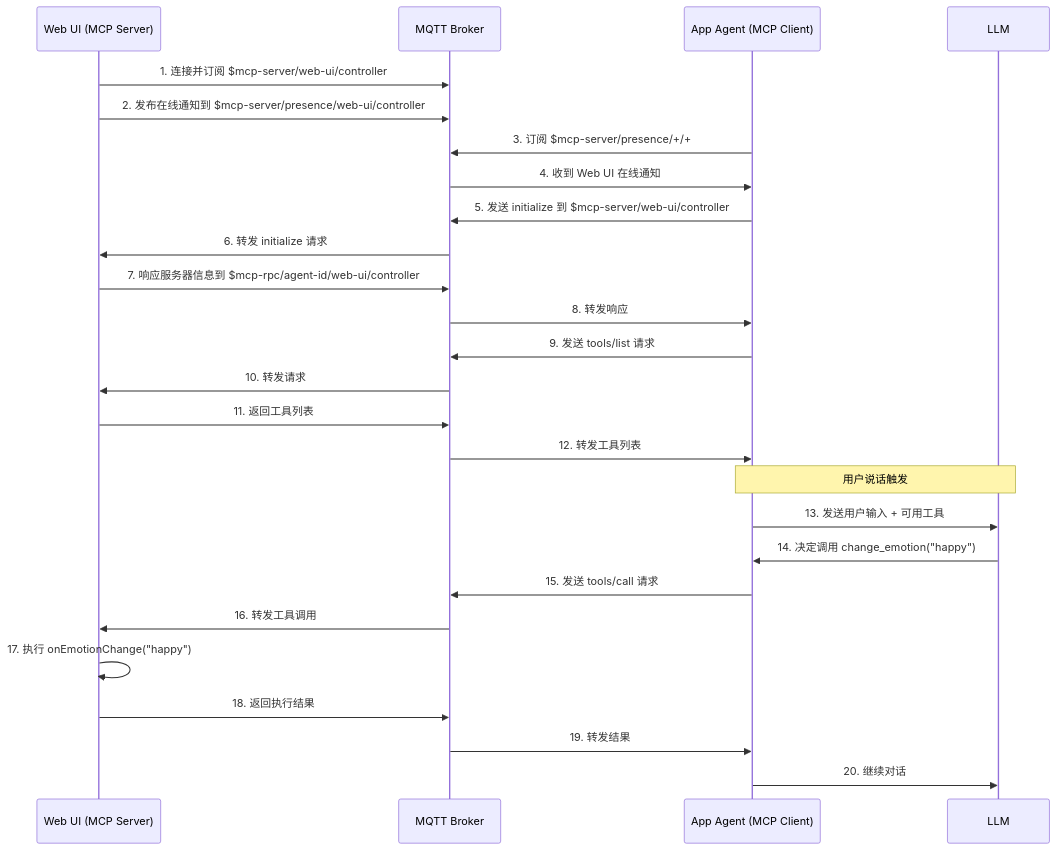
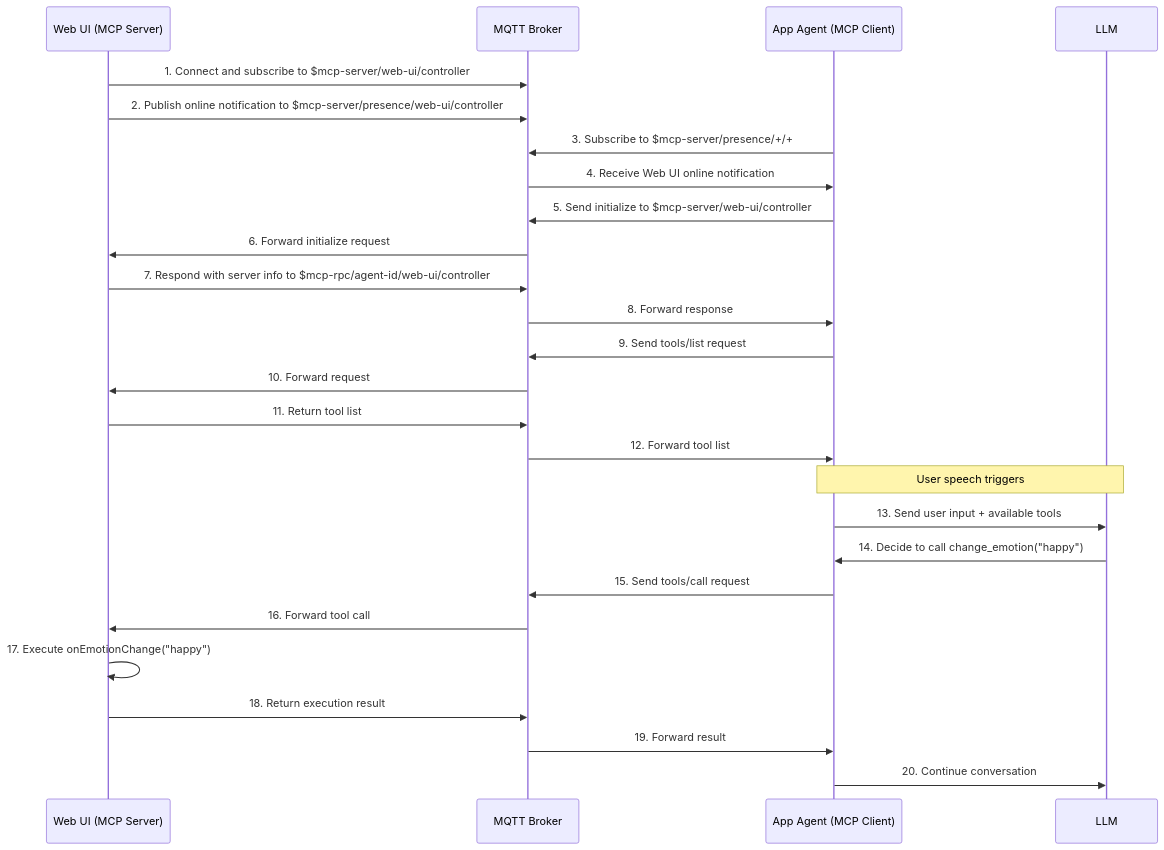
One commit to emqx/mcp-ai-companion-demo changed the diagram in web/docs/mcp-over-mqtt-implementation.md. Above: the diagram before and after it, drawn with Mermaid. The commit also changed other lines of this file and 5 other files, not shown here.

````diff
--- a/web/docs/mcp-over-mqtt-implementation.md
+++ b/web/docs/mcp-over-mqtt-implementation.md
@@ -308,34 +308,34 @@
 ```mermaid
 sequenceDiagram
     participant UI as Web UI (MCP Server)
     participant MQTT as MQTT Broker
     participant Agent as App Agent (MCP Client)
     participant LLM as LLM
 
-    UI->>MQTT: 1. 连接并订阅 $mcp-server/web-ui/controller
-    UI->>MQTT: 2. 发布在线通知到 $mcp-server/presence/web-ui/controller
-    
-    Agent->>MQTT: 3. 订阅 $mcp-server/presence/+/+
-    MQTT->>Agent: 4. 收到 Web UI 在线通知
-    
-    Agent->>MQTT: 5. 发送 initialize 到 $mcp-server/web-ui/controller
-    MQTT->>UI: 6. 转发 initialize 请求
-    UI->>MQTT: 7. 响应服务器信息到 $mcp-rpc/agent-id/web-ui/controller
-    MQTT->>Agent: 8. 转发响应
-    
-    Agent->>MQTT: 9. 发送 tools/list 请求
-    MQTT->>UI: 10. 转发请求
-    UI->>MQTT: 11. 返回工具列表
-    MQTT->>Agent: 12. 转发工具列表
-    
-    Note over Agent,LLM: 用户说话触发
-    Agent->>LLM: 13. 发送用户输入 + 可用工具
-    LLM->>Agent: 14. 决定调用 change_emotion("happy")
-    
-    Agent->>MQTT: 15. 发送 tools/call 请求
-    MQTT->>UI: 16. 转发工具调用
-    UI->>UI: 17. 执行 onEmotionChange("happy")
-    UI->>MQTT: 18. 返回执行结果
-    MQTT->>Agent: 19. 转发结果
-    Agent->>LLM: 20. 继续对话
+    UI->>MQTT: 1. Connect and subscribe to $mcp-server/web-ui/controller
+    UI->>MQTT: 2. Publish online notification to $mcp-server/presence/web-ui/controller
+
+    Agent->>MQTT: 3. Subscribe to $mcp-server/presence/+/+
+    MQTT->>Agent: 4. Receive Web UI online notification
+
+    Agent->>MQTT: 5. Send initialize to $mcp-server/web-ui/controller
+    MQTT->>UI: 6. Forward initialize request
+    UI->>MQTT: 7. Respond with server info to $mcp-rpc/agent-id/web-ui/controller
+    MQTT->>Agent: 8. Forward response
+
+    Agent->>MQTT: 9. Send tools/list request
+    MQTT->>UI: 10. Forward request
+    UI->>MQTT: 11. Return tool list
+    MQTT->>Agent: 12. Forward tool list
+
+    Note over Agent,LLM: User speech triggers
+    Agent->>LLM: 13. Send user input + available tools
+    LLM->>Agent: 14. Decide to call change_emotion("happy")
+
+    Agent->>MQTT: 15. Send tools/call request
+    MQTT->>UI: 16. Forward tool call
+    UI->>UI: 17. Execute onEmotionChange("happy")
+    UI->>MQTT: 18. Return execution result
+    MQTT->>Agent: 19. Forward result
+    Agent->>LLM: 20. Continue conversation
 ```
````
